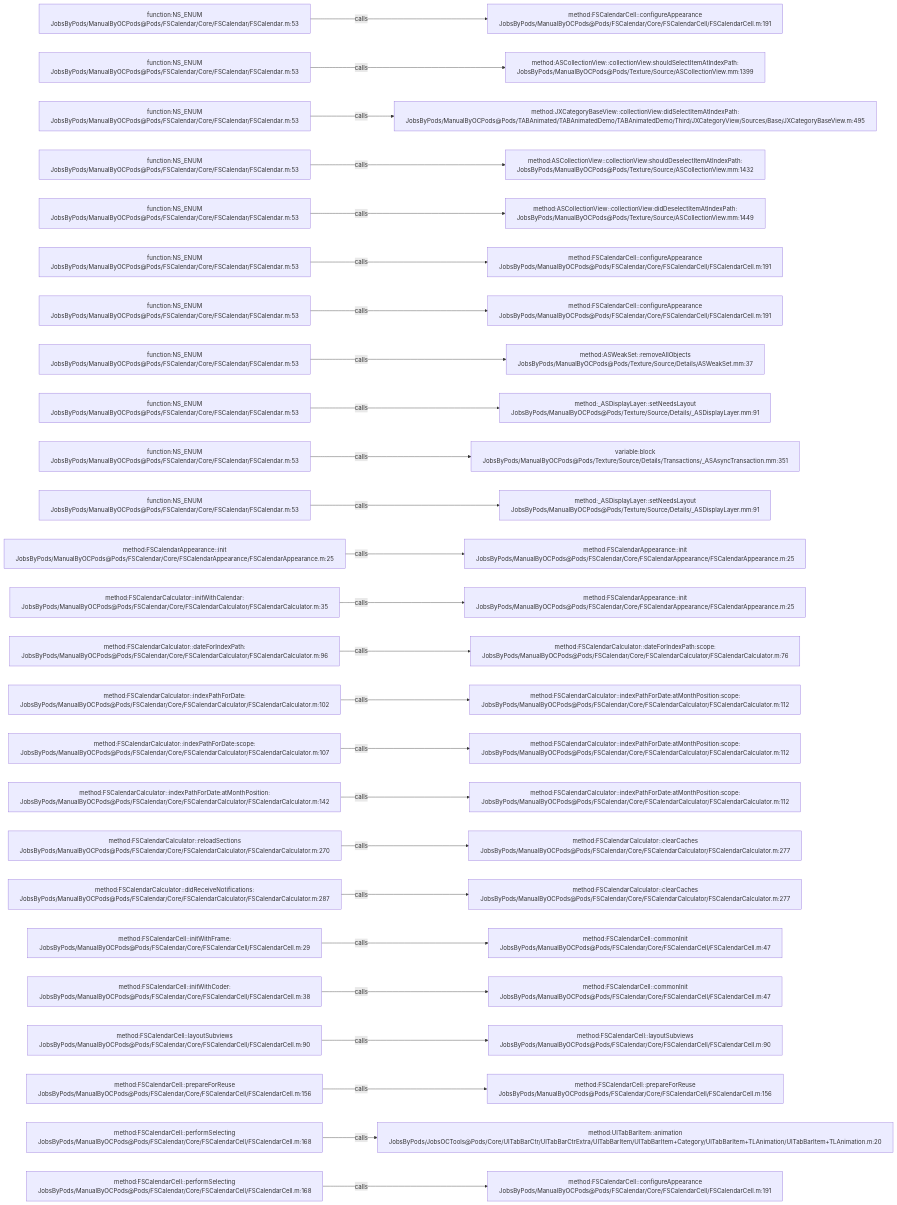
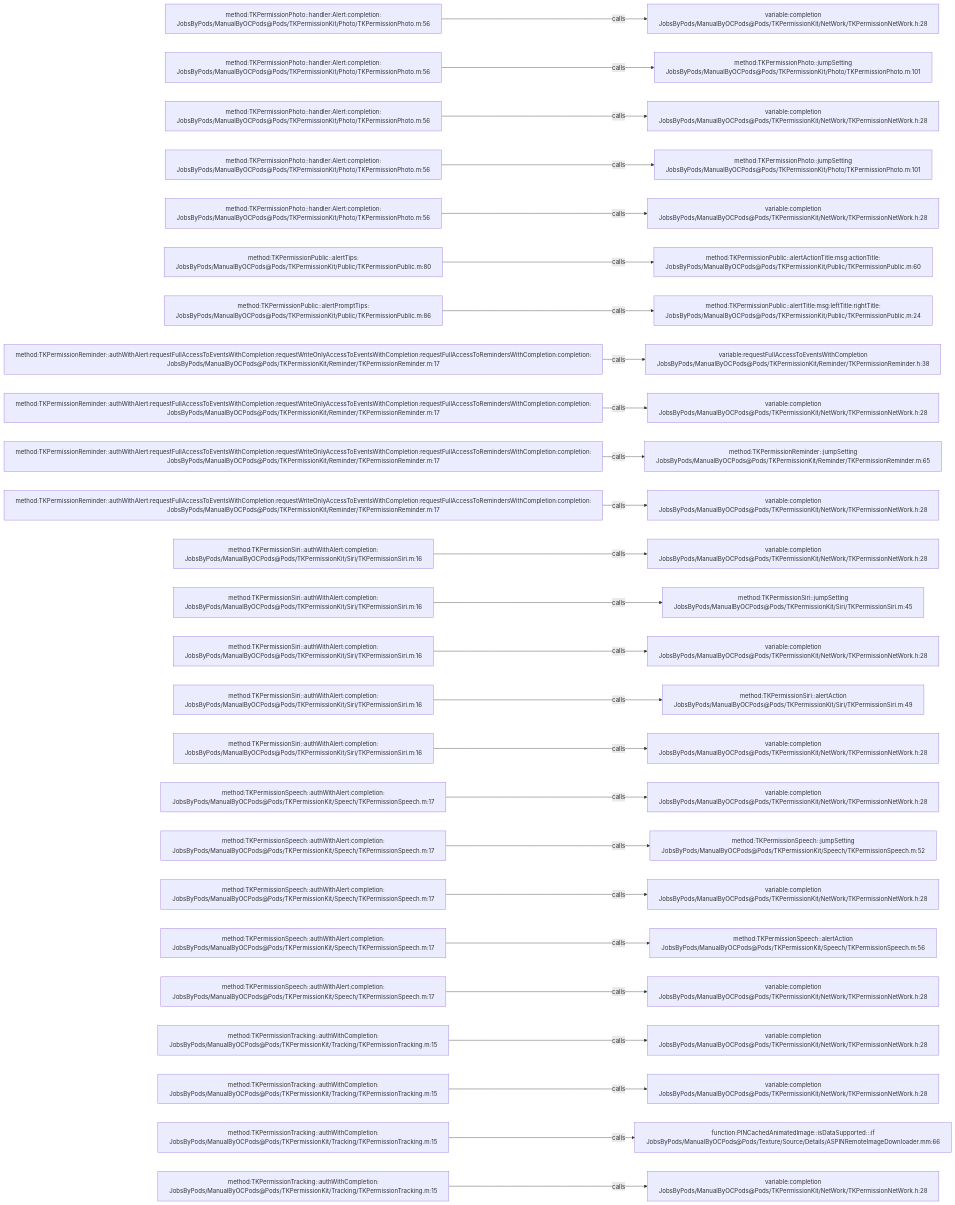
One commit to JobsKits/JobsOCBaseConfigDemo changed the diagram in .codegraph/codegraph.md/graphs/calls-179.md. Above: the diagram before and after it, drawn with Mermaid. The commit also changed 573 other files, not shown here.

````diff
--- a/.codegraph/codegraph.md/graphs/calls-179.md
+++ b/.codegraph/codegraph.md/graphs/calls-179.md
@@ -13,78 +13,78 @@
 ```mermaid
 flowchart LR
-  S1["function:NS_ENUM<br/>JobsByPods/ManualByOCPods@Pods/FSCalendar/Core/FSCalendar/FSCalendar.m:53"]
-  T1["method:FSCalendarCell::configureAppearance<br/>JobsByPods/ManualByOCPods@Pods/FSCalendar/Core/FSCalendarCell/FSCalendarCell.m:191"]
+  S1["method:TKPermissionPhoto::handler:Alert:completion:<br/>JobsByPods/ManualByOCPods@Pods/TKPermissionKit/Photo/TKPermissionPhoto.m:56"]
+  T1["variable:completion<br/>JobsByPods/ManualByOCPods@Pods/TKPermissionKit/NetWork/TKPermissionNetWork.h:28"]
   S1 -->|calls| T1
-  S2["function:NS_ENUM<br/>JobsByPods/ManualByOCPods@Pods/FSCalendar/Core/FSCalendar/FSCalendar.m:53"]
-  T2["method:ASCollectionView::collectionView:shouldSelectItemAtIndexPath:<br/>JobsByPods/ManualByOCPods@Pods/Texture/Source/ASCollectionView.mm:1399"]
+  S2["method:TKPermissionPhoto::handler:Alert:completion:<br/>JobsByPods/ManualByOCPods@Pods/TKPermissionKit/Photo/TKPermissionPhoto.m:56"]
+  T2["method:TKPermissionPhoto::jumpSetting<br/>JobsByPods/ManualByOCPods@Pods/TKPermissionKit/Photo/TKPermissionPhoto.m:101"]
   S2 -->|calls| T2
-  S3["function:NS_ENUM<br/>JobsByPods/ManualByOCPods@Pods/FSCalendar/Core/FSCalendar/FSCalendar.m:53"]
-  T3["method:JXCategoryBaseView::collectionView:didSelectItemAtIndexPath:<br/>JobsByPods/ManualByOCPods@Pods/TABAnimated/TABAnimatedDemo/TABAnimatedDemo/Third/JXCategoryView/Sources/Base/JXCategoryBaseView.m:495"]
+  S3["method:TKPermissionPhoto::handler:Alert:completion:<br/>JobsByPods/ManualByOCPods@Pods/TKPermissionKit/Photo/TKPermissionPhoto.m:56"]
+  T3["variable:completion<br/>JobsByPods/ManualByOCPods@Pods/TKPermissionKit/NetWork/TKPermissionNetWork.h:28"]
   S3 -->|calls| T3
-  S4["function:NS_ENUM<br/>JobsByPods/ManualByOCPods@Pods/FSCalendar/Core/FSCalendar/FSCalendar.m:53"]
-  T4["method:ASCollectionView::collectionView:shouldDeselectItemAtIndexPath:<br/>JobsByPods/ManualByOCPods@Pods/Texture/Source/ASCollectionView.mm:1432"]
+  S4["method:TKPermissionPhoto::handler:Alert:completion:<br/>JobsByPods/ManualByOCPods@Pods/TKPermissionKit/Photo/TKPermissionPhoto.m:56"]
+  T4["method:TKPermissionPhoto::jumpSetting<br/>JobsByPods/ManualByOCPods@Pods/TKPermissionKit/Photo/TKPermissionPhoto.m:101"]
   S4 -->|calls| T4
-  S5["function:NS_ENUM<br/>JobsByPods/ManualByOCPods@Pods/FSCalendar/Core/FSCalendar/FSCalendar.m:53"]
-  T5["method:ASCollectionView::collectionView:didDeselectItemAtIndexPath:<br/>JobsByPods/ManualByOCPods@Pods/Texture/Source/ASCollectionView.mm:1449"]
+  S5["method:TKPermissionPhoto::handler:Alert:completion:<br/>JobsByPods/ManualByOCPods@Pods/TKPermissionKit/Photo/TKPermissionPhoto.m:56"]
+  T5["variable:completion<br/>JobsByPods/ManualByOCPods@Pods/TKPermissionKit/NetWork/TKPermissionNetWork.h:28"]
   S5 -->|calls| T5
-  S6["function:NS_ENUM<br/>JobsByPods/ManualByOCPods@Pods/FSCalendar/Core/FSCalendar/FSCalendar.m:53"]
-  T6["method:FSCalendarCell::configureAppearance<br/>JobsByPods/ManualByOCPods@Pods/FSCalendar/Core/FSCalendarCell/FSCalendarCell.m:191"]
+  S6["method:TKPermissionPublic::alertTips:<br/>JobsByPods/ManualByOCPods@Pods/TKPermissionKit/Public/TKPermissionPublic.m:80"]
+  T6["method:TKPermissionPublic::alertActionTitle:msg:actionTitle:<br/>JobsByPods/ManualByOCPods@Pods/TKPermissionKit/Public/TKPermissionPublic.m:60"]
   S6 -->|calls| T6
-  S7["function:NS_ENUM<br/>JobsByPods/ManualByOCPods@Pods/FSCalendar/Core/FSCalendar/FSCalendar.m:53"]
-  T7["method:FSCalendarCell::configureAppearance<br/>JobsByPods/ManualByOCPods@Pods/FSCalendar/Core/FSCalendarCell/FSCalendarCell.m:191"]
+  S7["method:TKPermissionPublic::alertPromptTips:<br/>JobsByPods/ManualByOCPods@Pods/TKPermissionKit/Public/TKPermissionPublic.m:86"]
+  T7["method:TKPermissionPublic::alertTitle:msg:leftTitle:rightTitle:<br/>JobsByPods/ManualByOCPods@Pods/TKPermissionKit/Public/TKPermissionPublic.m:24"]
   S7 -->|calls| T7
-  S8["function:NS_ENUM<br/>JobsByPods/ManualByOCPods@Pods/FSCalendar/Core/FSCalendar/FSCalendar.m:53"]
-  T8["method:ASWeakSet::removeAllObjects<br/>JobsByPods/ManualByOCPods@Pods/Texture/Source/Details/ASWeakSet.mm:37"]
+  S8["method:TKPermissionReminder::authWithAlert:requestFullAccessToEventsWithCompletion:requestWriteOnlyAccessToEventsWithCompletion:requestFullAccessToRemindersWithCompletion:completion:<br/>JobsByPods/ManualByOCPods@Pods/TKPermissionKit/Reminder/TKPermissionReminder.m:17"]
+  T8["variable:requestFullAccessToEventsWithCompletion<br/>JobsByPods/ManualByOCPods@Pods/TKPermissionKit/Reminder/TKPermissionReminder.h:38"]
   S8 -->|calls| T8
-  S9["function:NS_ENUM<br/>JobsByPods/ManualByOCPods@Pods/FSCalendar/Core/FSCalendar/FSCalendar.m:53"]
-  T9["method:_ASDisplayLayer::setNeedsLayout<br/>JobsByPods/ManualByOCPods@Pods/Texture/Source/Details/_ASDisplayLayer.mm:91"]
+  S9["method:TKPermissionReminder::authWithAlert:requestFullAccessToEventsWithCompletion:requestWriteOnlyAccessToEventsWithCompletion:requestFullAccessToRemindersWithCompletion:completion:<br/>JobsByPods/ManualByOCPods@Pods/TKPermissionKit/Reminder/TKPermissionReminder.m:17"]
+  T9["variable:completion<br/>JobsByPods/ManualByOCPods@Pods/TKPermissionKit/NetWork/TKPermissionNetWork.h:28"]
   S9 -->|calls| T9
-  S10["function:NS_ENUM<br/>JobsByPods/ManualByOCPods@Pods/FSCalendar/Core/FSCalendar/FSCalendar.m:53"]
-  T10["variable:block<br/>JobsByPods/ManualByOCPods@Pods/Texture/Source/Details/Transactions/_ASAsyncTransaction.mm:351"]
+  S10["method:TKPermissionReminder::authWithAlert:requestFullAccessToEventsWithCompletion:requestWriteOnlyAccessToEventsWithCompletion:requestFullAccessToRemindersWithCompletion:completion:<br/>JobsByPods/ManualByOCPods@Pods/TKPermissionKit/Reminder/TKPermissionReminder.m:17"]
+  T10["method:TKPermissionReminder::jumpSetting<br/>JobsByPods/ManualByOCPods@Pods/TKPermissionKit/Reminder/TKPermissionReminder.m:65"]
   S10 -->|calls| T10
-  S11["function:NS_ENUM<br/>JobsByPods/ManualByOCPods@Pods/FSCalendar/Core/FSCalendar/FSCalendar.m:53"]
-  T11["method:_ASDisplayLayer::setNeedsLayout<br/>JobsByPods/ManualByOCPods@Pods/Texture/Source/Details/_ASDisplayLayer.mm:91"]
+  S11["method:TKPermissionReminder::authWithAlert:requestFullAccessToEventsWithCompletion:requestWriteOnlyAccessToEventsWithCompletion:requestFullAccessToRemindersWithCompletion:completion:<br/>JobsByPods/ManualByOCPods@Pods/TKPermissionKit/Reminder/TKPermissionReminder.m:17"]
+  T11["variable:completion<br/>JobsByPods/ManualByOCPods@Pods/TKPermissionKit/NetWork/TKPermissionNetWork.h:28"]
   S11 -->|calls| T11
-  S12["method:FSCalendarAppearance::init<br/>JobsByPods/ManualByOCPods@Pods/FSCalendar/Core/FSCalendarAppearance/FSCalendarAppearance.m:25"]
-  T12["method:FSCalendarAppearance::init<br/>JobsByPods/ManualByOCPods@Pods/FSCalendar/Core/FSCalendarAppearance/FSCalendarAppearance.m:25"]
+  S12["method:TKPermissionSiri::authWithAlert:completion:<br/>JobsByPods/ManualByOCPods@Pods/TKPermissionKit/Siri/TKPermissionSiri.m:16"]
+  T12["variable:completion<br/>JobsByPods/ManualByOCPods@Pods/TKPermissionKit/NetWork/TKPermissionNetWork.h:28"]
   S12 -->|calls| T12
-  S13["method:FSCalendarCalculator::initWithCalendar:<br/>JobsByPods/ManualByOCPods@Pods/FSCalendar/Core/FSCalendarCalculator/FSCalendarCalculator.m:35"]
-  T13["method:FSCalendarAppearance::init<br/>JobsByPods/ManualByOCPods@Pods/FSCalendar/Core/FSCalendarAppearance/FSCalendarAppearance.m:25"]
+  S13["method:TKPermissionSiri::authWithAlert:completion:<br/>JobsByPods/ManualByOCPods@Pods/TKPermissionKit/Siri/TKPermissionSiri.m:16"]
+  T13["method:TKPermissionSiri::jumpSetting<br/>JobsByPods/ManualByOCPods@Pods/TKPermissionKit/Siri/TKPermissionSiri.m:45"]
   S13 -->|calls| T13
-  S14["method:FSCalendarCalculator::dateForIndexPath:<br/>JobsByPods/ManualByOCPods@Pods/FSCalendar/Core/FSCalendarCalculator/FSCalendarCalculator.m:96"]
-  T14["method:FSCalendarCalculator::dateForIndexPath:scope:<br/>JobsByPods/ManualByOCPods@Pods/FSCalendar/Core/FSCalendarCalculator/FSCalendarCalculator.m:76"]
+  S14["method:TKPermissionSiri::authWithAlert:completion:<br/>JobsByPods/ManualByOCPods@Pods/TKPermissionKit/Siri/TKPermissionSiri.m:16"]
+  T14["variable:completion<br/>JobsByPods/ManualByOCPods@Pods/TKPermissionKit/NetWork/TKPermissionNetWork.h:28"]
   S14 -->|calls| T14
-  S15["method:FSCalendarCalculator::indexPathForDate:<br/>JobsByPods/ManualByOCPods@Pods/FSCalendar/Core/FSCalendarCalculator/FSCalendarCalculator.m:102"]
-  T15["method:FSCalendarCalculator::indexPathForDate:atMonthPosition:scope:<br/>JobsByPods/ManualByOCPods@Pods/FSCalendar/Core/FSCalendarCalculator/FSCalendarCalculator.m:112"]
+  S15["method:TKPermissionSiri::authWithAlert:completion:<br/>JobsByPods/ManualByOCPods@Pods/TKPermissionKit/Siri/TKPermissionSiri.m:16"]
+  T15["method:TKPermissionSiri::alertAction<br/>JobsByPods/ManualByOCPods@Pods/TKPermissionKit/Siri/TKPermissionSiri.m:49"]
   S15 -->|calls| T15
-  S16["method:FSCalendarCalculator::indexPathForDate:scope:<br/>JobsByPods/ManualByOCPods@Pods/FSCalendar/Core/FSCalendarCalculator/FSCalendarCalculator.m:107"]
-  T16["method:FSCalendarCalculator::indexPathForDate:atMonthPosition:scope:<br/>JobsByPods/ManualByOCPods@Pods/FSCalendar/Core/FSCalendarCalculator/FSCalendarCalculator.m:112"]
+  S16["method:TKPermissionSiri::authWithAlert:completion:<br/>JobsByPods/ManualByOCPods@Pods/TKPermissionKit/Siri/TKPermissionSiri.m:16"]
+  T16["variable:completion<br/>JobsByPods/ManualByOCPods@Pods/TKPermissionKit/NetWork/TKPermissionNetWork.h:28"]
   S16 -->|calls| T16
-  S17["method:FSCalendarCalculator::indexPathForDate:atMonthPosition:<br/>JobsByPods/ManualByOCPods@Pods/FSCalendar/Core/FSCalendarCalculator/FSCalendarCalculator.m:142"]
-  T17["method:FSCalendarCalculator::indexPathForDate:atMonthPosition:scope:<br/>JobsByPods/ManualByOCPods@Pods/FSCalendar/Core/FSCalendarCalculator/FSCalendarCalculator.m:112"]
+  S17["method:TKPermissionSpeech::authWithAlert:completion:<br/>JobsByPods/ManualByOCPods@Pods/TKPermissionKit/Speech/TKPermissionSpeech.m:17"]
+  T17["variable:completion<br/>JobsByPods/ManualByOCPods@Pods/TKPermissionKit/NetWork/TKPermissionNetWork.h:28"]
   S17 -->|calls| T17
-  S18["method:FSCalendarCalculator::reloadSections<br/>JobsByPods/ManualByOCPods@Pods/FSCalendar/Core/FSCalendarCalculator/FSCalendarCalculator.m:270"]
-  T18["method:FSCalendarCalculator::clearCaches<br/>JobsByPods/ManualByOCPods@Pods/FSCalendar/Core/FSCalendarCalculator/FSCalendarCalculator.m:277"]
+  S18["method:TKPermissionSpeech::authWithAlert:completion:<br/>JobsByPods/ManualByOCPods@Pods/TKPermissionKit/Speech/TKPermissionSpeech.m:17"]
+  T18["method:TKPermissionSpeech::jumpSetting<br/>JobsByPods/ManualByOCPods@Pods/TKPermissionKit/Speech/TKPermissionSpeech.m:52"]
   S18 -->|calls| T18
-  S19["method:FSCalendarCalculator::didReceiveNotifications:<br/>JobsByPods/ManualByOCPods@Pods/FSCalendar/Core/FSCalendarCalculator/FSCalendarCalculator.m:287"]
-  T19["method:FSCalendarCalculator::clearCaches<br/>JobsByPods/ManualByOCPods@Pods/FSCalendar/Core/FSCalendarCalculator/FSCalendarCalculator.m:277"]
+  S19["method:TKPermissionSpeech::authWithAlert:completion:<br/>JobsByPods/ManualByOCPods@Pods/TKPermissionKit/Speech/TKPermissionSpeech.m:17"]
+  T19["variable:completion<br/>JobsByPods/ManualByOCPods@Pods/TKPermissionKit/NetWork/TKPermissionNetWork.h:28"]
   S19 -->|calls| T19
-  S20["method:FSCalendarCell::initWithFrame:<br/>JobsByPods/ManualByOCPods@Pods/FSCalendar/Core/FSCalendarCell/FSCalendarCell.m:29"]
-  T20["method:FSCalendarCell::commonInit<br/>JobsByPods/ManualByOCPods@Pods/FSCalendar/Core/FSCalendarCell/FSCalendarCell.m:47"]
+  S20["method:TKPermissionSpeech::authWithAlert:completion:<br/>JobsByPods/ManualByOCPods@Pods/TKPermissionKit/Speech/TKPermissionSpeech.m:17"]
+  T20["method:TKPermissionSpeech::alertAction<br/>JobsByPods/ManualByOCPods@Pods/TKPermissionKit/Speech/TKPermissionSpeech.m:56"]
   S20 -->|calls| T20
-  S21["method:FSCalendarCell::initWithCoder:<br/>JobsByPods/ManualByOCPods@Pods/FSCalendar/Core/FSCalendarCell/FSCalendarCell.m:38"]
-  T21["method:FSCalendarCell::commonInit<br/>JobsByPods/ManualByOCPods@Pods/FSCalendar/Core/FSCalendarCell/FSCalendarCell.m:47"]
+  S21["method:TKPermissionSpeech::authWithAlert:completion:<br/>JobsByPods/ManualByOCPods@Pods/TKPermissionKit/Speech/TKPermissionSpeech.m:17"]
+  T21["variable:completion<br/>JobsByPods/ManualByOCPods@Pods/TKPermissionKit/NetWork/TKPermissionNetWork.h:28"]
   S21 -->|calls| T21
-  S22["method:FSCalendarCell::layoutSubviews<br/>JobsByPods/ManualByOCPods@Pods/FSCalendar/Core/FSCalendarCell/FSCalendarCell.m:90"]
-  T22["method:FSCalendarCell::layoutSubviews<br/>JobsByPods/ManualByOCPods@Pods/FSCalendar/Core/FSCalendarCell/FSCalendarCell.m:90"]
+  S22["method:TKPermissionTracking::authWithCompletion:<br/>JobsByPods/ManualByOCPods@Pods/TKPermissionKit/Tracking/TKPermissionTracking.m:15"]
+  T22["variable:completion<br/>JobsByPods/ManualByOCPods@Pods/TKPermissionKit/NetWork/TKPermissionNetWork.h:28"]
   S22 -->|calls| T22
-  S23["method:FSCalendarCell::prepareForReuse<br/>JobsByPods/ManualByOCPods@Pods/FSCalendar/Core/FSCalendarCell/FSCalendarCell.m:156"]
-  T23["method:FSCalendarCell::prepareForReuse<br/>JobsByPods/ManualByOCPods@Pods/FSCalendar/Core/FSCalendarCell/FSCalendarCell.m:156"]
+  S23["method:TKPermissionTracking::authWithCompletion:<br/>JobsByPods/ManualByOCPods@Pods/TKPermissionKit/Tracking/TKPermissionTracking.m:15"]
+  T23["variable:completion<br/>JobsByPods/ManualByOCPods@Pods/TKPermissionKit/NetWork/TKPermissionNetWork.h:28"]
   S23 -->|calls| T23
-  S24["method:FSCalendarCell::performSelecting<br/>JobsByPods/ManualByOCPods@Pods/FSCalendar/Core/FSCalendarCell/FSCalendarCell.m:168"]
-  T24["method:UITabBarItem::animation<br/>JobsByPods/JobsOCTools@Pods/Core/UITabBarCtr/UITabBarCtrExtra/UITabBarItem/UITabBarItem+Category/UITabBarItem+TLAnimation/UITabBarItem+TLAnimation.m:20"]
+  S24["method:TKPermissionTracking::authWithCompletion:<br/>JobsByPods/ManualByOCPods@Pods/TKPermissionKit/Tracking/TKPermissionTracking.m:15"]
+  T24["function:PINCachedAnimatedImage::isDataSupported:::if<br/>JobsByPods/ManualByOCPods@Pods/Texture/Source/Details/ASPINRemoteImageDownloader.mm:66"]
   S24 -->|calls| T24
-  S25["method:FSCalendarCell::performSelecting<br/>JobsByPods/ManualByOCPods@Pods/FSCalendar/Core/FSCalendarCell/FSCalendarCell.m:168"]
-  T25["method:FSCalendarCell::configureAppearance<br/>JobsByPods/ManualByOCPods@Pods/FSCalendar/Core/FSCalendarCell/FSCalendarCell.m:191"]
+  S25["method:TKPermissionTracking::authWithCompletion:<br/>JobsByPods/ManualByOCPods@Pods/TKPermissionKit/Tracking/TKPermissionTracking.m:15"]
+  T25["variable:completion<br/>JobsByPods/ManualByOCPods@Pods/TKPermissionKit/NetWork/TKPermissionNetWork.h:28"]
   S25 -->|calls| T25
 ```
````
